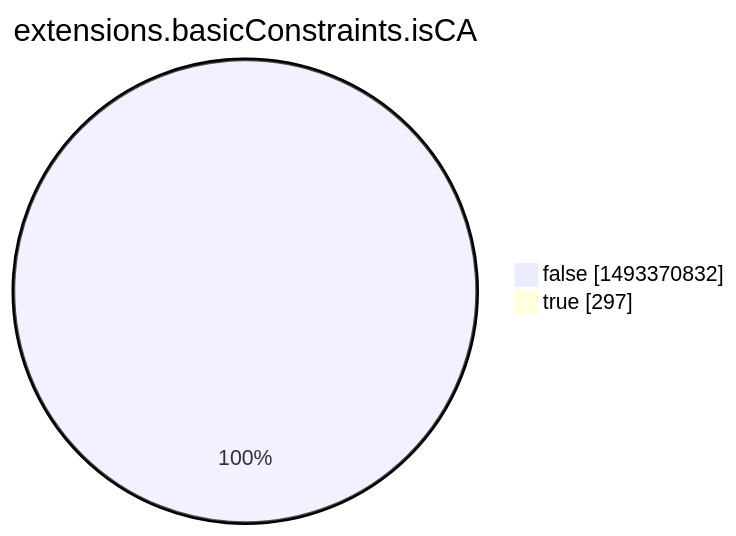
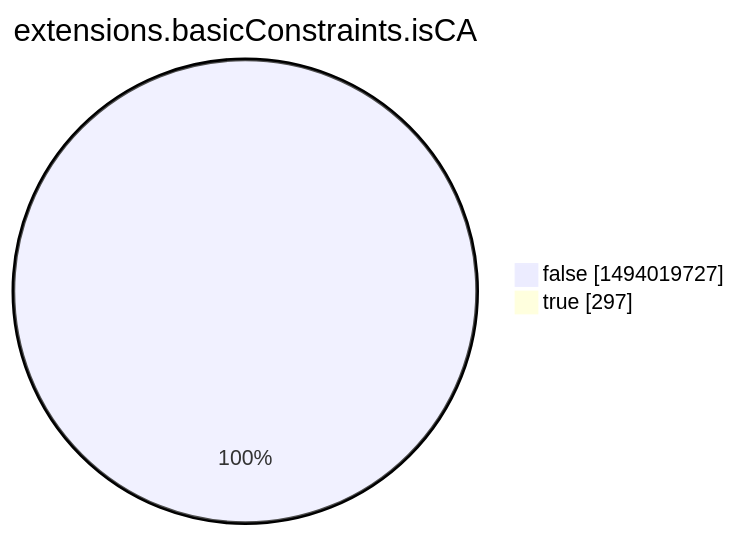
One commit to christiankrug/ctmonitor_visualization changed the eighth of 15 diagrams in argon2022/README.md. Above: the diagram before and after it, drawn with Mermaid. The commit also changed other lines of this file, not shown here.

````diff
--- a/argon2022/README.md
+++ b/argon2022/README.md
@@ -2760,6 +2760,6 @@
 ```mermaid
 pie showData
 title extensions.basicConstraints.isCA
-"false" :1493370832
+"false" :1494019727
 "true" :297
 ```
````
